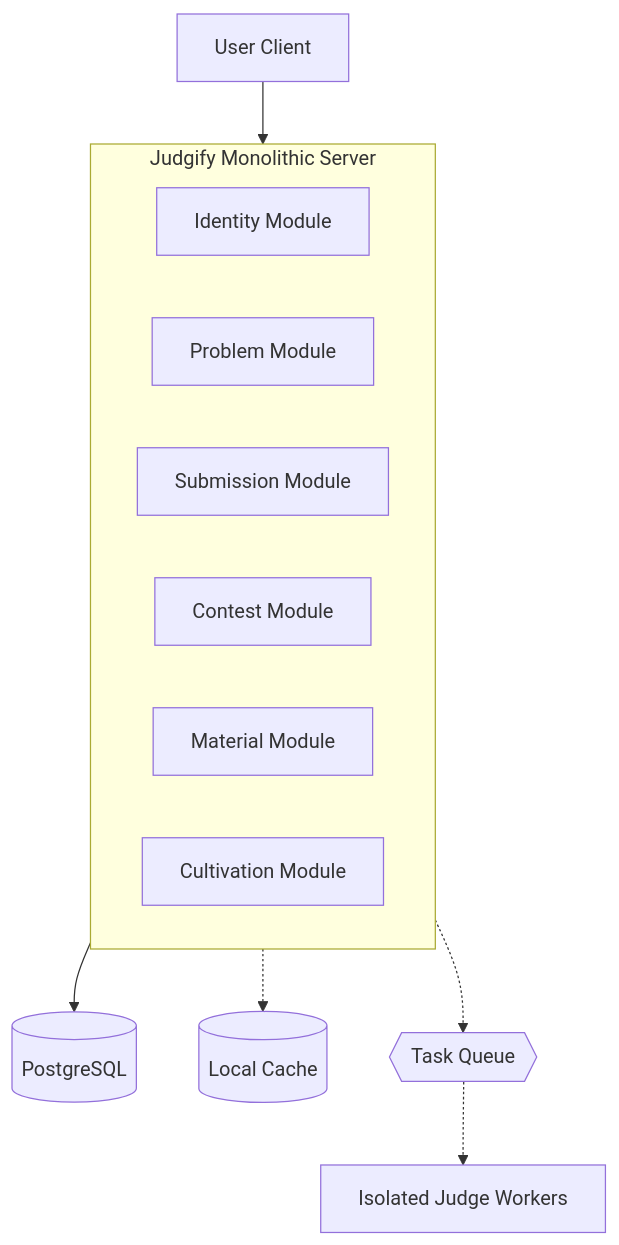
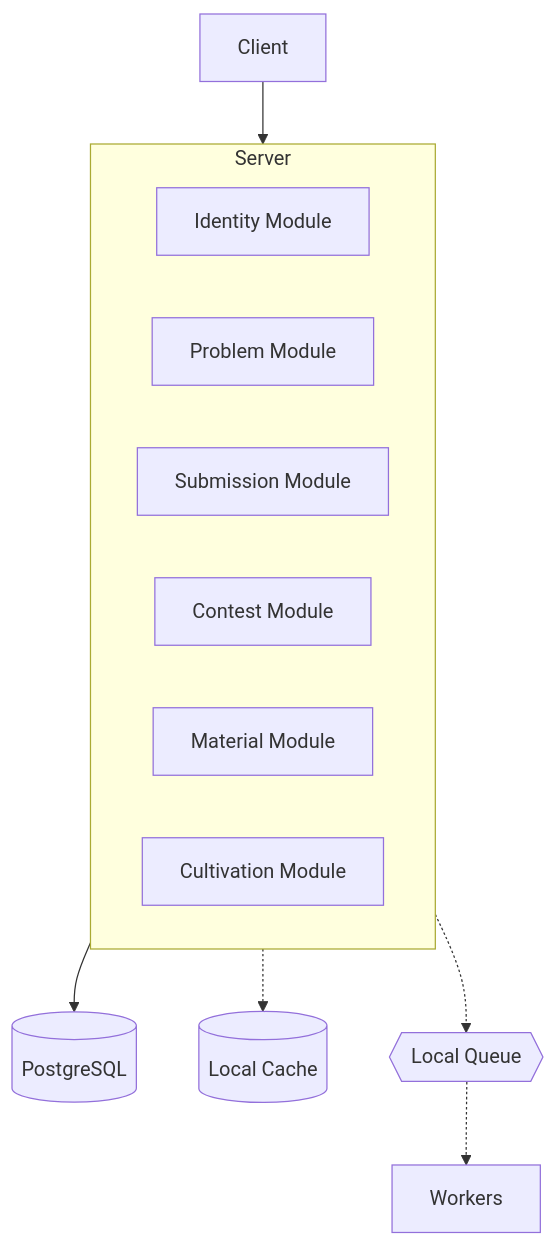
One commit to huynhanx03/Judgify changed the diagram in README.md. Above: the diagram before and after it, drawn with Mermaid. The commit also changed other lines of this file and 2 other files, not shown here.

Commit message:
docs: update document

````diff
--- a/README.md
+++ b/README.md
@@ -33,18 +35,18 @@
 ```mermaid
 flowchart TD
-    Client[User Client] --> Backend
+    Frontend[Client] --> Backend
     
-    subgraph Backend [Judgify Monolithic Server]
+    subgraph Backend [Server]
         Identity[Identity Module]
         Problem[Problem Module]
         Submit[Submission Module]
         Contest[Contest Module]
         Material[Material Module]
         Cultivate[Cultivation Module]
     end
     
     Backend --> DB[(PostgreSQL)]
     Backend -.-> Cache[(Local Cache)]
-    Backend -.-> Queue{{Task Queue}}
-    Queue -.-> JudgeWorker[Isolated Judge Workers]
+    Backend -.-> Queue{{Local Queue}}
+    Queue -.-> Worker[Workers]
 ```
````
